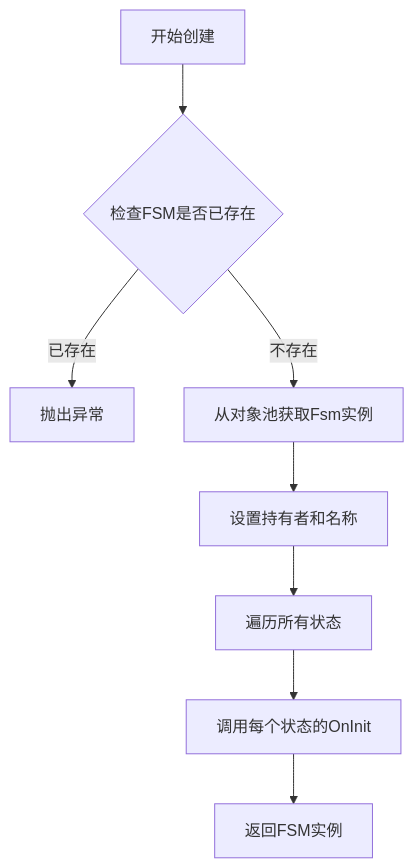
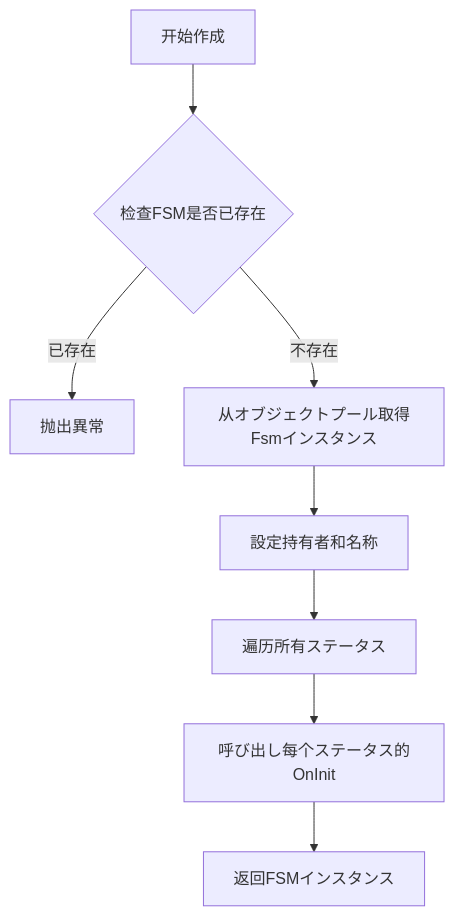
Before and after one commit to AlianBlank/GameFrameX.Docs: the fourth of 4 diagrams in docs/ja/client/unity/component/fsm/04.features.md, drawn with Mermaid. The commit also changed other lines of this file and 603 other files, not shown here.

````diff
--- a/docs/ja/client/unity/component/fsm/04.features.md
+++ b/docs/ja/client/unity/component/fsm/04.features.md
@@ -369,10 +369,10 @@
 ```mermaid
 flowchart TD
-    A[开始创建] --> B{检查FSM是否已存在}
-    B -->|已存在| C[抛出异常]
-    B -->|不存在| D[从对象池获取Fsm实例]
-    D --> E[设置持有者和名称]
-    E --> F[遍历所有状态]
-    F --> G[调用每个状态的OnInit]
-    G --> H[返回FSM实例]
+    A[开始作成] --> B{检查FSM是否已存在}
+    B -->|已存在| C[抛出異常]
+    B -->|不存在| D[从オブジェクトプール取得Fsmインスタンス]
+    D --> E[設定持有者和名称]
+    E --> F[遍历所有ステータス]
+    F --> G[呼び出し每个ステータス的OnInit]
+    G --> H[返回FSMインスタンス]
 ```
````
